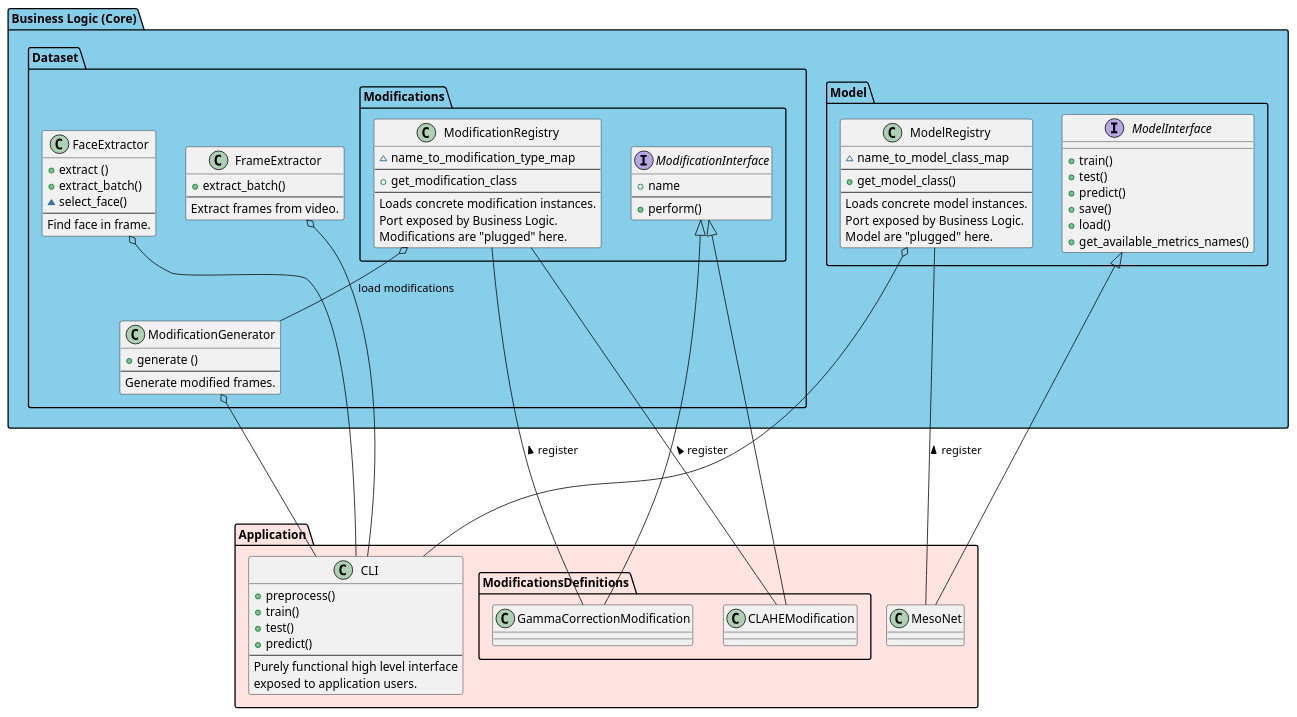
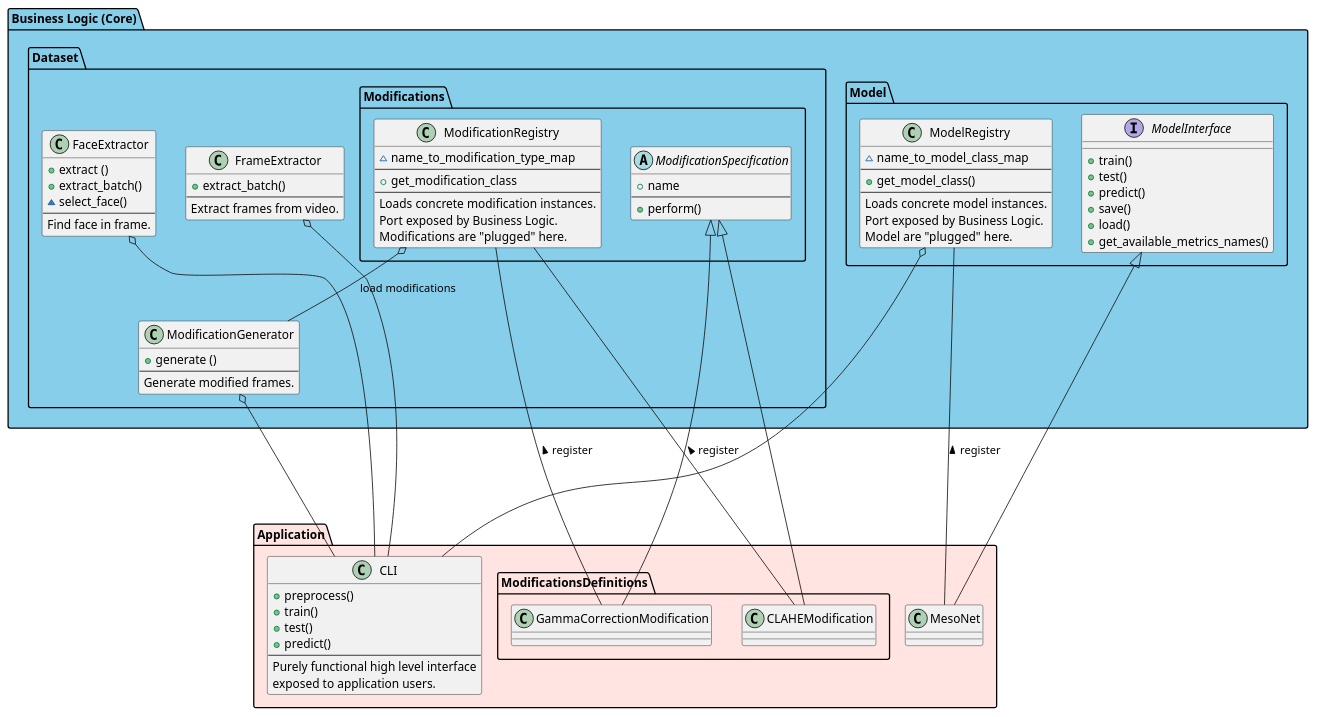
One commit to cicheck/dfd changed the diagram in docs/diagrams/app_architecture.puml. Above: the diagram before and after it, drawn with PlantUML. The commit also changed 1 other file, not shown here.

Commit message:
docs: reflacte change ModificationInterface -> ModificationSpecification in architecture diagram

```diff
--- a/docs/diagrams/app_architecture.puml
+++ b/docs/diagrams/app_architecture.puml
@@ -1,116 +1,116 @@
 @startuml
 package "Business Logic (Core)" #skyblue {
 
     package Dataset {
 
         class FrameExtractor {
             + extract_batch()
             --
             Extract frames from video.
         }
 
         class FaceExtractor {
             + extract ()
             + extract_batch()
             ~ select_face()
             --
             Find face in frame.
         }
 
         class ModificationGenerator {
             + generate ()
             --
             Generate modified frames.
         }
 
         package Modifications {
-            interface ModificationInterface {
+            abstract ModificationSpecification {
                 + name
                 --
                 + perform()
             }
 
             class ModificationRegistry {
                 ~ name_to_modification_type_map
                 --
                 + get_modification_class
                 --
                 Loads concrete modification instances.
                 Port exposed by Business Logic.
                 Modifications are "plugged" here.
             }
 
         }
 
     }
 
 
     package Model {
         interface ModelInterface {
             + train()
             + test()
             + predict()
             + save()
             + load()
             + get_available_metrics_names()
         }
 
         class ModelRegistry {
             ~ name_to_model_class_map
             --
             + get_model_class()
             --
             Loads concrete model instances.
             Port exposed by Business Logic.
             Model are "plugged" here.
         }
     }
 
 }
 
 
 package "Application" #MistyRose {
 
     class "MesoNet"  {
 
     }
 
     class "CLI"  {
         + preprocess()
         + train()
         + test()
         + predict()
         --
         Purely functional high level interface
         exposed to application users.
     }
 
     package ModificationsDefinitions {
         class GammaCorrectionModification {
 
         }
 
         class CLAHEModification {
 
         }
     }
 }
 
 MesoNet -up-- ModelRegistry : register >
 
 MesoNet -up--|> ModelInterface
 
-GammaCorrectionModification -up--|> ModificationInterface
-CLAHEModification -up--|> ModificationInterface
+GammaCorrectionModification -up--|> ModificationSpecification
+CLAHEModification -up--|> ModificationSpecification
 
 GammaCorrectionModification -up-- ModificationRegistry : register >
 CLAHEModification -up-- ModificationRegistry : register >
 
 ModificationGenerator -up-o ModificationRegistry : load modifications
 
 CLI -up--o FrameExtractor
 CLI -up--o FaceExtractor
 CLI -up--o ModificationGenerator
 CLI -up--o ModelRegistry
 
 @enduml
```
